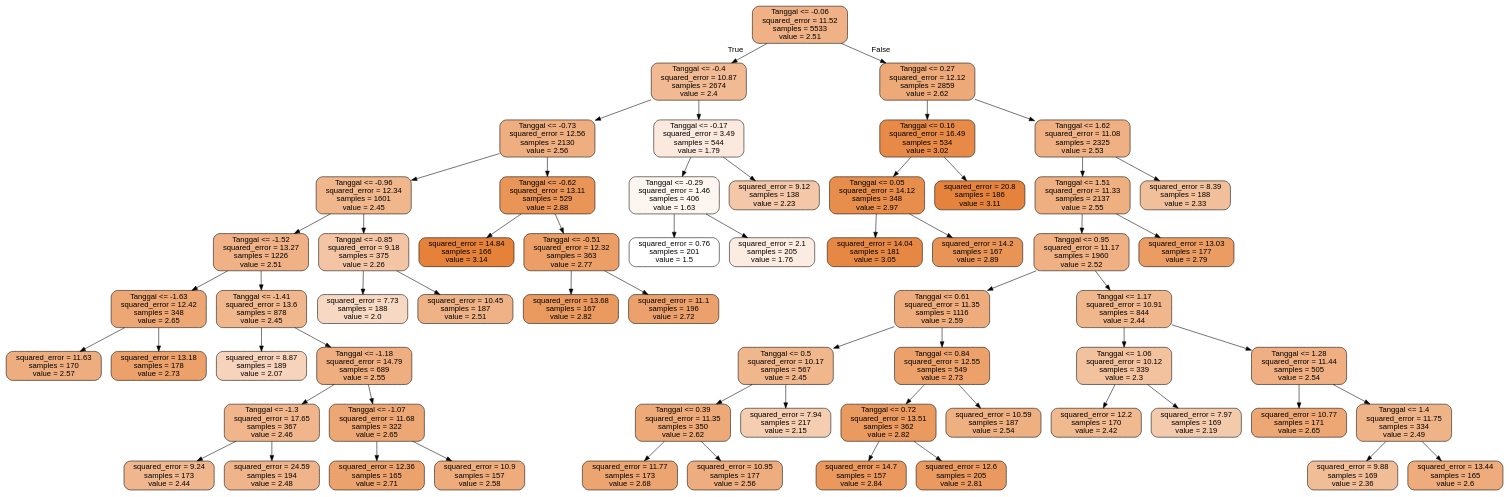
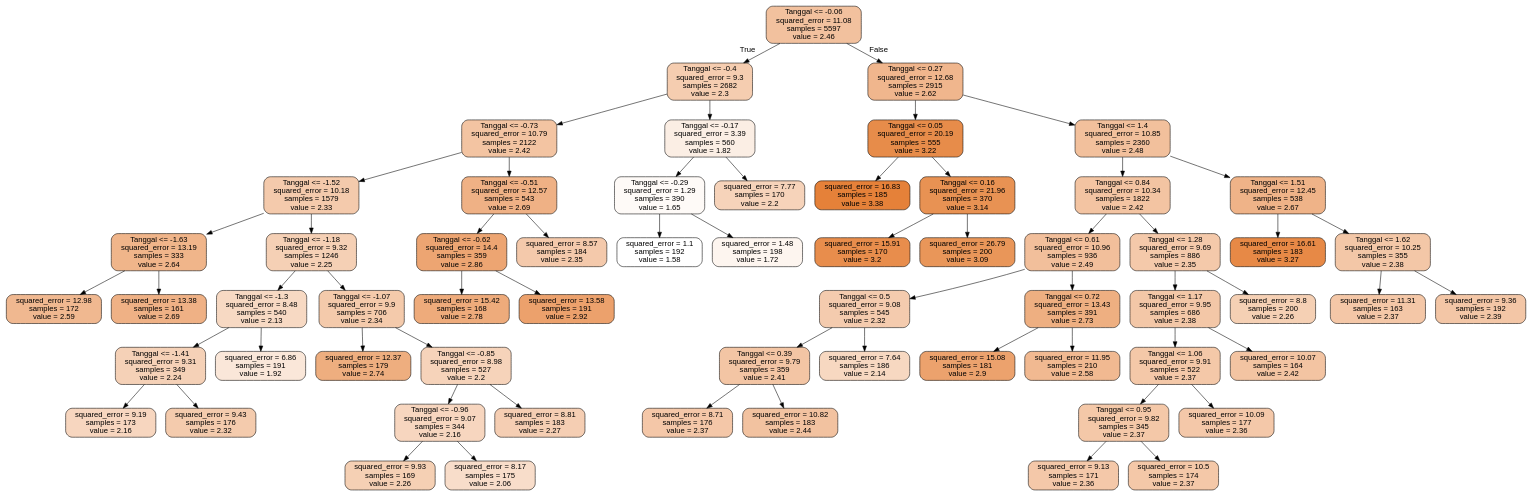
Before and after one commit to pramudianzaheka92/ProjectTugasAkhir: the diagram in 5 - 2021/test_graph_with_outliers_rf_regression.dot, drawn with Graphviz. The commit also changed 5 other files, not shown here.

```diff
--- a/5 - 2021/test_graph_with_outliers_rf_regression.dot
+++ b/5 - 2021/test_graph_with_outliers_rf_regression.dot
@@ -1,125 +1,125 @@
 digraph Tree {
 node [shape=box, style="filled, rounded", color="black", fontname="helvetica"] ;
 edge [fontname="helvetica"] ;
-0 [label="Tanggal <= -0.06\nsquared_error = 11.52\nsamples = 5533\nvalue = 2.51", fillcolor="#efb185"] ;
-1 [label="Tanggal <= -0.4\nsquared_error = 10.87\nsamples = 2674\nvalue = 2.4", fillcolor="#f1ba92"] ;
+0 [label="Tanggal <= -0.06\nsquared_error = 11.08\nsamples = 5597\nvalue = 2.46", fillcolor="#f2c19e"] ;
+1 [label="Tanggal <= -0.4\nsquared_error = 9.3\nsamples = 2682\nvalue = 2.3", fillcolor="#f5cdb0"] ;
 0 -> 1 [labeldistance=2.5, labelangle=45, headlabel="True"] ;
-2 [label="Tanggal <= -0.73\nsquared_error = 12.56\nsamples = 2130\nvalue = 2.56", fillcolor="#eeae7f"] ;
+2 [label="Tanggal <= -0.73\nsquared_error = 10.79\nsamples = 2122\nvalue = 2.42", fillcolor="#f3c4a2"] ;
 1 -> 2 ;
-3 [label="Tanggal <= -0.96\nsquared_error = 12.34\nsamples = 1601\nvalue = 2.45", fillcolor="#f0b68c"] ;
+3 [label="Tanggal <= -1.52\nsquared_error = 10.18\nsamples = 1579\nvalue = 2.33", fillcolor="#f4caac"] ;
 2 -> 3 ;
-4 [label="Tanggal <= -1.52\nsquared_error = 13.27\nsamples = 1226\nvalue = 2.51", fillcolor="#efb185"] ;
+4 [label="Tanggal <= -1.63\nsquared_error = 13.19\nsamples = 333\nvalue = 2.64", fillcolor="#f0b58a"] ;
 3 -> 4 ;
-5 [label="Tanggal <= -1.63\nsquared_error = 12.42\nsamples = 348\nvalue = 2.65", fillcolor="#eda774"] ;
+5 [label="squared_error = 12.98\nsamples = 172\nvalue = 2.59", fillcolor="#f0b890"] ;
 4 -> 5 ;
-6 [label="squared_error = 11.63\nsamples = 170\nvalue = 2.57", fillcolor="#eead7e"] ;
-5 -> 6 ;
-7 [label="squared_error = 13.18\nsamples = 178\nvalue = 2.73", fillcolor="#eca16b"] ;
-5 -> 7 ;
-8 [label="Tanggal <= -1.41\nsquared_error = 13.6\nsamples = 878\nvalue = 2.45", fillcolor="#f0b68c"] ;
-4 -> 8 ;
-9 [label="squared_error = 8.87\nsamples = 189\nvalue = 2.07", fillcolor="#f6d3ba"] ;
+6 [label="squared_error = 13.38\nsamples = 161\nvalue = 2.69", fillcolor="#efb185"] ;
+4 -> 6 ;
+7 [label="Tanggal <= -1.18\nsquared_error = 9.32\nsamples = 1246\nvalue = 2.25", fillcolor="#f5d0b5"] ;
+3 -> 7 ;
+8 [label="Tanggal <= -1.3\nsquared_error = 8.48\nsamples = 540\nvalue = 2.13", fillcolor="#f7d9c3"] ;
+7 -> 8 ;
+9 [label="Tanggal <= -1.41\nsquared_error = 9.31\nsamples = 349\nvalue = 2.24", fillcolor="#f5d1b7"] ;
 8 -> 9 ;
-10 [label="Tanggal <= -1.18\nsquared_error = 14.79\nsamples = 689\nvalue = 2.55", fillcolor="#eeae80"] ;
-8 -> 10 ;
-11 [label="Tanggal <= -1.3\nsquared_error = 17.65\nsamples = 367\nvalue = 2.46", fillcolor="#f0b58b"] ;
-10 -> 11 ;
-12 [label="squared_error = 9.24\nsamples = 173\nvalue = 2.44", fillcolor="#f0b78e"] ;
-11 -> 12 ;
-13 [label="squared_error = 24.59\nsamples = 194\nvalue = 2.48", fillcolor="#efb489"] ;
-11 -> 13 ;
-14 [label="Tanggal <= -1.07\nsquared_error = 11.68\nsamples = 322\nvalue = 2.65", fillcolor="#eda774"] ;
-10 -> 14 ;
-15 [label="squared_error = 12.36\nsamples = 165\nvalue = 2.71", fillcolor="#eca26d"] ;
-14 -> 15 ;
-16 [label="squared_error = 10.9\nsamples = 157\nvalue = 2.58", fillcolor="#eeac7c"] ;
-14 -> 16 ;
-17 [label="Tanggal <= -0.85\nsquared_error = 9.18\nsamples = 375\nvalue = 2.26", fillcolor="#f3c5a4"] ;
-3 -> 17 ;
-18 [label="squared_error = 7.73\nsamples = 188\nvalue = 2.0", fillcolor="#f7d9c3"] ;
-17 -> 18 ;
-19 [label="squared_error = 10.45\nsamples = 187\nvalue = 2.51", fillcolor="#efb286"] ;
-17 -> 19 ;
-20 [label="Tanggal <= -0.62\nsquared_error = 13.11\nsamples = 529\nvalue = 2.88", fillcolor="#e99558"] ;
+10 [label="squared_error = 9.19\nsamples = 173\nvalue = 2.16", fillcolor="#f7d6bf"] ;
+9 -> 10 ;
+11 [label="squared_error = 9.43\nsamples = 176\nvalue = 2.32", fillcolor="#f4cbad"] ;
+9 -> 11 ;
+12 [label="squared_error = 6.86\nsamples = 191\nvalue = 1.92", fillcolor="#fae7d9"] ;
+8 -> 12 ;
+13 [label="Tanggal <= -1.07\nsquared_error = 9.9\nsamples = 706\nvalue = 2.34", fillcolor="#f4caab"] ;
+7 -> 13 ;
+14 [label="squared_error = 12.37\nsamples = 179\nvalue = 2.74", fillcolor="#eeae7f"] ;
+13 -> 14 ;
+15 [label="Tanggal <= -0.85\nsquared_error = 8.98\nsamples = 527\nvalue = 2.2", fillcolor="#f6d3ba"] ;
+13 -> 15 ;
+16 [label="Tanggal <= -0.96\nsquared_error = 9.07\nsamples = 344\nvalue = 2.16", fillcolor="#f7d6bf"] ;
+15 -> 16 ;
+17 [label="squared_error = 9.93\nsamples = 169\nvalue = 2.26", fillcolor="#f5d0b4"] ;
+16 -> 17 ;
+18 [label="squared_error = 8.17\nsamples = 175\nvalue = 2.06", fillcolor="#f8ddca"] ;
+16 -> 18 ;
+19 [label="squared_error = 8.81\nsamples = 183\nvalue = 2.27", fillcolor="#f5ceb3"] ;
+15 -> 19 ;
+20 [label="Tanggal <= -0.51\nsquared_error = 12.57\nsamples = 543\nvalue = 2.69", fillcolor="#efb185"] ;
 2 -> 20 ;
-21 [label="squared_error = 14.84\nsamples = 166\nvalue = 3.14", fillcolor="#e58139"] ;
+21 [label="Tanggal <= -0.62\nsquared_error = 14.4\nsamples = 359\nvalue = 2.86", fillcolor="#eda572"] ;
 20 -> 21 ;
-22 [label="Tanggal <= -0.51\nsquared_error = 12.32\nsamples = 363\nvalue = 2.77", fillcolor="#eb9e66"] ;
-20 -> 22 ;
-23 [label="squared_error = 13.68\nsamples = 167\nvalue = 2.82", fillcolor="#ea995f"] ;
-22 -> 23 ;
-24 [label="squared_error = 11.1\nsamples = 196\nvalue = 2.72", fillcolor="#eca16c"] ;
-22 -> 24 ;
-25 [label="Tanggal <= -0.17\nsquared_error = 3.49\nsamples = 544\nvalue = 1.79", fillcolor="#fbe9dd"] ;
+22 [label="squared_error = 15.42\nsamples = 168\nvalue = 2.78", fillcolor="#eeab7b"] ;
+21 -> 22 ;
+23 [label="squared_error = 13.58\nsamples = 191\nvalue = 2.92", fillcolor="#eca16c"] ;
+21 -> 23 ;
+24 [label="squared_error = 8.57\nsamples = 184\nvalue = 2.35", fillcolor="#f4c9ab"] ;
+20 -> 24 ;
+25 [label="Tanggal <= -0.17\nsquared_error = 3.39\nsamples = 560\nvalue = 1.82", fillcolor="#fbeee4"] ;
 1 -> 25 ;
-26 [label="Tanggal <= -0.29\nsquared_error = 1.46\nsamples = 406\nvalue = 1.63", fillcolor="#fdf5ef"] ;
+26 [label="Tanggal <= -0.29\nsquared_error = 1.29\nsamples = 390\nvalue = 1.65", fillcolor="#fefaf7"] ;
 25 -> 26 ;
-27 [label="squared_error = 0.76\nsamples = 201\nvalue = 1.5", fillcolor="#ffffff"] ;
+27 [label="squared_error = 1.1\nsamples = 192\nvalue = 1.58", fillcolor="#ffffff"] ;
 26 -> 27 ;
-28 [label="squared_error = 2.1\nsamples = 205\nvalue = 1.76", fillcolor="#fbebe0"] ;
+28 [label="squared_error = 1.48\nsamples = 198\nvalue = 1.72", fillcolor="#fdf5ef"] ;
 26 -> 28 ;
-29 [label="squared_error = 9.12\nsamples = 138\nvalue = 2.23", fillcolor="#f3c7a7"] ;
+29 [label="squared_error = 7.77\nsamples = 170\nvalue = 2.2", fillcolor="#f6d3ba"] ;
 25 -> 29 ;
-30 [label="Tanggal <= 0.27\nsquared_error = 12.12\nsamples = 2859\nvalue = 2.62", fillcolor="#eda978"] ;
+30 [label="Tanggal <= 0.27\nsquared_error = 12.68\nsamples = 2915\nvalue = 2.62", fillcolor="#f0b68d"] ;
 0 -> 30 [labeldistance=2.5, labelangle=-45, headlabel="False"] ;
-31 [label="Tanggal <= 0.16\nsquared_error = 16.49\nsamples = 534\nvalue = 3.02", fillcolor="#e78a47"] ;
+31 [label="Tanggal <= 0.05\nsquared_error = 20.19\nsamples = 555\nvalue = 3.22", fillcolor="#e78c4a"] ;
 30 -> 31 ;
-32 [label="Tanggal <= 0.05\nsquared_error = 14.12\nsamples = 348\nvalue = 2.97", fillcolor="#e88e4d"] ;
+32 [label="squared_error = 16.83\nsamples = 185\nvalue = 3.38", fillcolor="#e58139"] ;
 31 -> 32 ;
-33 [label="squared_error = 14.04\nsamples = 181\nvalue = 3.05", fillcolor="#e68844"] ;
-32 -> 33 ;
-34 [label="squared_error = 14.2\nsamples = 167\nvalue = 2.89", fillcolor="#e99457"] ;
-32 -> 34 ;
-35 [label="squared_error = 20.8\nsamples = 186\nvalue = 3.11", fillcolor="#e5833c"] ;
-31 -> 35 ;
-36 [label="Tanggal <= 1.62\nsquared_error = 11.08\nsamples = 2325\nvalue = 2.53", fillcolor="#efb083"] ;
+33 [label="Tanggal <= 0.16\nsquared_error = 21.96\nsamples = 370\nvalue = 3.14", fillcolor="#e89253"] ;
+31 -> 33 ;
+34 [label="squared_error = 15.91\nsamples = 170\nvalue = 3.2", fillcolor="#e88d4c"] ;
+33 -> 34 ;
+35 [label="squared_error = 26.79\nsamples = 200\nvalue = 3.09", fillcolor="#e99659"] ;
+33 -> 35 ;
+36 [label="Tanggal <= 1.4\nsquared_error = 10.85\nsamples = 2360\nvalue = 2.48", fillcolor="#f2c09c"] ;
 30 -> 36 ;
-37 [label="Tanggal <= 1.51\nsquared_error = 11.33\nsamples = 2137\nvalue = 2.55", fillcolor="#eeaf81"] ;
+37 [label="Tanggal <= 0.84\nsquared_error = 10.34\nsamples = 1822\nvalue = 2.42", fillcolor="#f3c4a2"] ;
 36 -> 37 ;
-38 [label="Tanggal <= 0.95\nsquared_error = 11.17\nsamples = 1960\nvalue = 2.52", fillcolor="#efb083"] ;
+38 [label="Tanggal <= 0.61\nsquared_error = 10.96\nsamples = 936\nvalue = 2.49", fillcolor="#f2bf9b"] ;
 37 -> 38 ;
-39 [label="Tanggal <= 0.61\nsquared_error = 11.35\nsamples = 1116\nvalue = 2.59", fillcolor="#eeac7c"] ;
+39 [label="Tanggal <= 0.5\nsquared_error = 9.08\nsamples = 545\nvalue = 2.32", fillcolor="#f4cbae"] ;
 38 -> 39 ;
-40 [label="Tanggal <= 0.5\nsquared_error = 10.17\nsamples = 567\nvalue = 2.45", fillcolor="#f0b68c"] ;
+40 [label="Tanggal <= 0.39\nsquared_error = 9.79\nsamples = 359\nvalue = 2.41", fillcolor="#f3c5a4"] ;
 39 -> 40 ;
-41 [label="Tanggal <= 0.39\nsquared_error = 11.35\nsamples = 350\nvalue = 2.62", fillcolor="#eda977"] ;
+41 [label="squared_error = 8.71\nsamples = 176\nvalue = 2.37", fillcolor="#f4c7a8"] ;
 40 -> 41 ;
-42 [label="squared_error = 11.77\nsamples = 173\nvalue = 2.68", fillcolor="#eca470"] ;
-41 -> 42 ;
-43 [label="squared_error = 10.95\nsamples = 177\nvalue = 2.56", fillcolor="#eead7f"] ;
-41 -> 43 ;
-44 [label="squared_error = 7.94\nsamples = 217\nvalue = 2.15", fillcolor="#f5cdb1"] ;
-40 -> 44 ;
-45 [label="Tanggal <= 0.84\nsquared_error = 12.55\nsamples = 549\nvalue = 2.73", fillcolor="#eca16b"] ;
-39 -> 45 ;
-46 [label="Tanggal <= 0.72\nsquared_error = 13.51\nsamples = 362\nvalue = 2.82", fillcolor="#ea995f"] ;
-45 -> 46 ;
-47 [label="squared_error = 14.7\nsamples = 157\nvalue = 2.84", fillcolor="#ea985d"] ;
-46 -> 47 ;
-48 [label="squared_error = 12.6\nsamples = 205\nvalue = 2.81", fillcolor="#ea9a61"] ;
-46 -> 48 ;
-49 [label="squared_error = 10.59\nsamples = 187\nvalue = 2.54", fillcolor="#eeaf81"] ;
-45 -> 49 ;
-50 [label="Tanggal <= 1.17\nsquared_error = 10.91\nsamples = 844\nvalue = 2.44", fillcolor="#f0b78d"] ;
-38 -> 50 ;
-51 [label="Tanggal <= 1.06\nsquared_error = 10.12\nsamples = 339\nvalue = 2.3", fillcolor="#f2c19e"] ;
+42 [label="squared_error = 10.82\nsamples = 183\nvalue = 2.44", fillcolor="#f2c2a0"] ;
+40 -> 42 ;
+43 [label="squared_error = 7.64\nsamples = 186\nvalue = 2.14", fillcolor="#f7d8c1"] ;
+39 -> 43 ;
+44 [label="Tanggal <= 0.72\nsquared_error = 13.43\nsamples = 391\nvalue = 2.73", fillcolor="#eeaf81"] ;
+38 -> 44 ;
+45 [label="squared_error = 15.08\nsamples = 181\nvalue = 2.9", fillcolor="#eca26d"] ;
+44 -> 45 ;
+46 [label="squared_error = 11.95\nsamples = 210\nvalue = 2.58", fillcolor="#f1b991"] ;
+44 -> 46 ;
+47 [label="Tanggal <= 1.28\nsquared_error = 9.69\nsamples = 886\nvalue = 2.35", fillcolor="#f4c9aa"] ;
+37 -> 47 ;
+48 [label="Tanggal <= 1.17\nsquared_error = 9.95\nsamples = 686\nvalue = 2.38", fillcolor="#f3c7a7"] ;
+47 -> 48 ;
+49 [label="Tanggal <= 1.06\nsquared_error = 9.91\nsamples = 522\nvalue = 2.37", fillcolor="#f4c8a8"] ;
+48 -> 49 ;
+50 [label="Tanggal <= 0.95\nsquared_error = 9.82\nsamples = 345\nvalue = 2.37", fillcolor="#f4c8a8"] ;
+49 -> 50 ;
+51 [label="squared_error = 9.13\nsamples = 171\nvalue = 2.36", fillcolor="#f4c8a9"] ;
 50 -> 51 ;
-52 [label="squared_error = 12.2\nsamples = 170\nvalue = 2.42", fillcolor="#f0b990"] ;
-51 -> 52 ;
-53 [label="squared_error = 7.97\nsamples = 169\nvalue = 2.19", fillcolor="#f4caac"] ;
-51 -> 53 ;
-54 [label="Tanggal <= 1.28\nsquared_error = 11.44\nsamples = 505\nvalue = 2.54", fillcolor="#efaf82"] ;
-50 -> 54 ;
-55 [label="squared_error = 10.77\nsamples = 171\nvalue = 2.65", fillcolor="#eda774"] ;
-54 -> 55 ;
-56 [label="Tanggal <= 1.4\nsquared_error = 11.75\nsamples = 334\nvalue = 2.49", fillcolor="#efb388"] ;
-54 -> 56 ;
-57 [label="squared_error = 9.88\nsamples = 169\nvalue = 2.36", fillcolor="#f1bd97"] ;
+52 [label="squared_error = 10.5\nsamples = 174\nvalue = 2.37", fillcolor="#f4c8a8"] ;
+50 -> 52 ;
+53 [label="squared_error = 10.09\nsamples = 177\nvalue = 2.36", fillcolor="#f4c8a9"] ;
+49 -> 53 ;
+54 [label="squared_error = 10.07\nsamples = 164\nvalue = 2.42", fillcolor="#f3c4a2"] ;
+48 -> 54 ;
+55 [label="squared_error = 8.8\nsamples = 200\nvalue = 2.26", fillcolor="#f5d0b4"] ;
+47 -> 55 ;
+56 [label="Tanggal <= 1.51\nsquared_error = 12.45\nsamples = 538\nvalue = 2.67", fillcolor="#efb388"] ;
+36 -> 56 ;
+57 [label="squared_error = 16.61\nsamples = 183\nvalue = 3.27", fillcolor="#e78946"] ;
 56 -> 57 ;
-58 [label="squared_error = 13.44\nsamples = 165\nvalue = 2.6", fillcolor="#eeab7b"] ;
+58 [label="Tanggal <= 1.62\nsquared_error = 10.25\nsamples = 355\nvalue = 2.38", fillcolor="#f3c7a7"] ;
 56 -> 58 ;
-59 [label="squared_error = 13.03\nsamples = 177\nvalue = 2.79", fillcolor="#ea9c63"] ;
-37 -> 59 ;
-60 [label="squared_error = 8.39\nsamples = 188\nvalue = 2.33", fillcolor="#f2bf9b"] ;
-36 -> 60 ;
+59 [label="squared_error = 11.31\nsamples = 163\nvalue = 2.37", fillcolor="#f4c7a7"] ;
+58 -> 59 ;
+60 [label="squared_error = 9.36\nsamples = 192\nvalue = 2.39", fillcolor="#f3c6a6"] ;
+58 -> 60 ;
 }
```
